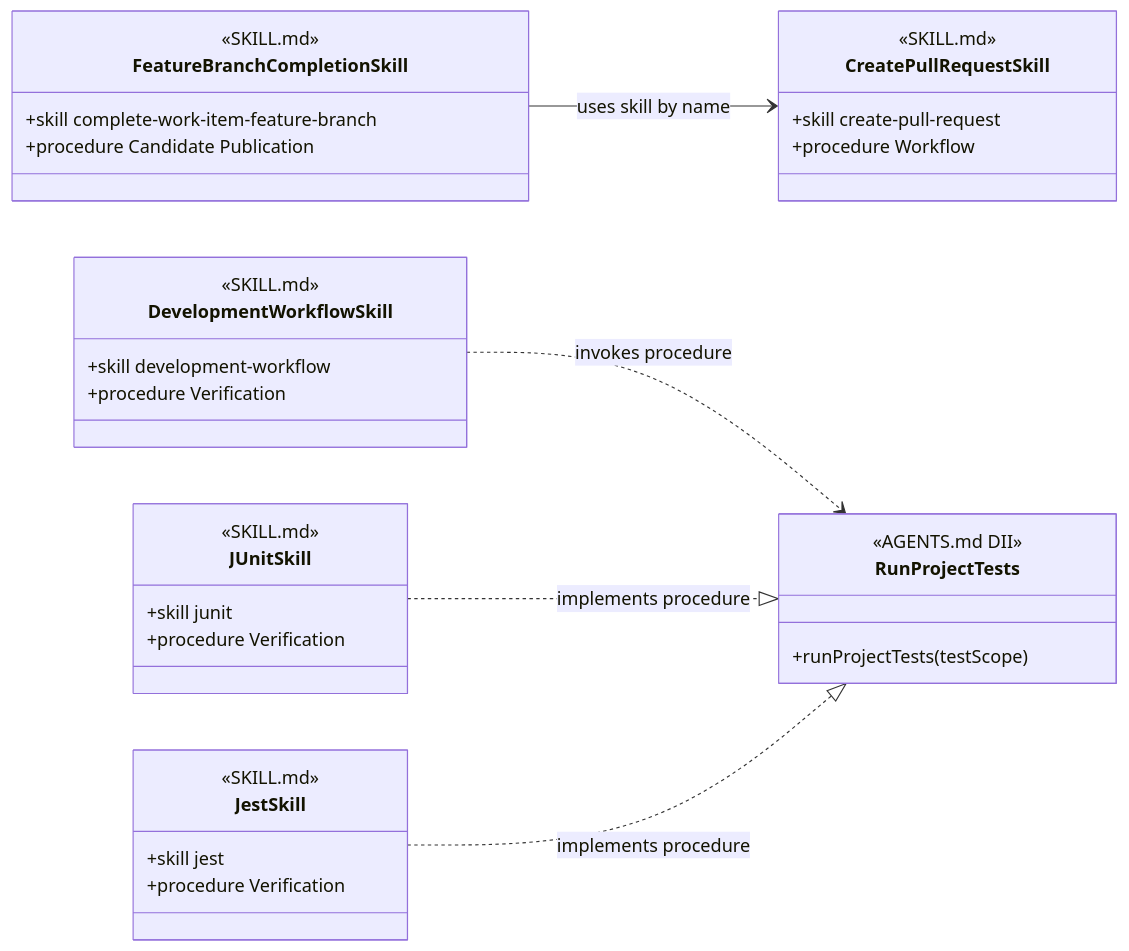
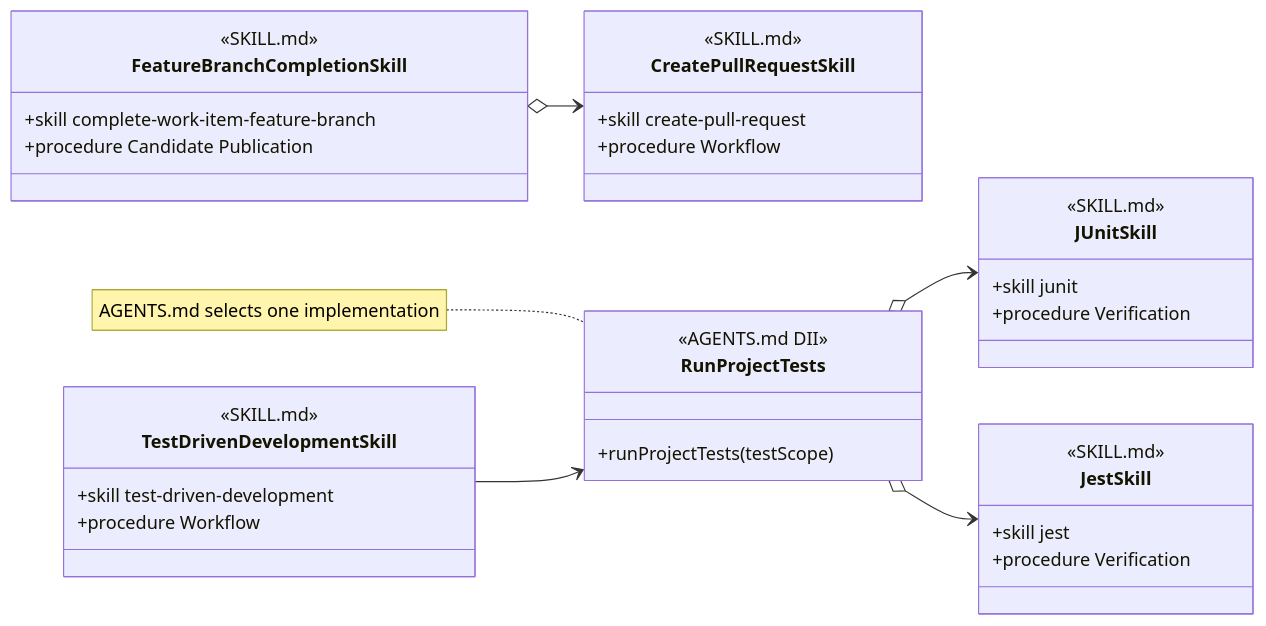
Before and after one commit to martinbechard/dev-methodology: the fourth of 11 diagrams in design/object-oriented-agent-and-skill-model.md, drawn with Mermaid. The commit also changed other lines of this file and 2 other files, not shown here.

Commit message:
Simplify diagram reference conventions

````diff
--- a/design/object-oriented-agent-and-skill-model.md
+++ b/design/object-oriented-agent-and-skill-model.md
@@ -322,51 +228,53 @@
 ```mermaid
 classDiagram
     direction LR
 
     class FeatureBranchCompletionSkill {
         <<SKILL.md>>
         <<Peer Skill>>
         +skill complete-work-item-feature-branch
         +procedure Candidate Publication
     }
 
     class CreatePullRequestSkill {
         <<SKILL.md>>
         <<Peer Skill>>
         +skill create-pull-request
         +procedure Workflow
     }
 
-    class DevelopmentWorkflowSkill {
+    class TestDrivenDevelopmentSkill {
         <<SKILL.md>>
         <<Peer Skill>>
-        +skill development-workflow
-        +procedure Verification
+        +skill test-driven-development
+        +procedure Workflow
     }
 
     class RunProjectTests {
         <<AGENTS.md DII>>
         +runProjectTests(testScope)
     }
 
     class JUnitSkill {
         <<SKILL.md>>
         <<Peer Skill>>
         <<Injectable Skill>>
         +skill junit
         +procedure Verification
     }
 
     class JestSkill {
         <<SKILL.md>>
         <<Peer Skill>>
         <<Injectable Skill>>
         +skill jest
         +procedure Verification
     }
 
-    FeatureBranchCompletionSkill --> CreatePullRequestSkill : uses skill by name
-    DevelopmentWorkflowSkill ..> RunProjectTests : invokes procedure
-    JUnitSkill ..|> RunProjectTests : implements procedure
-    JestSkill ..|> RunProjectTests : implements procedure
+    FeatureBranchCompletionSkill o--> CreatePullRequestSkill
+    TestDrivenDevelopmentSkill --> RunProjectTests
+    RunProjectTests o--> JUnitSkill
+    RunProjectTests o--> JestSkill
+
+    note for RunProjectTests "AGENTS.md selects one implementation"
 ```
````
